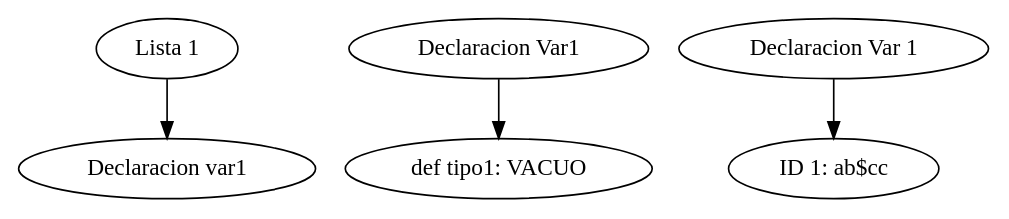
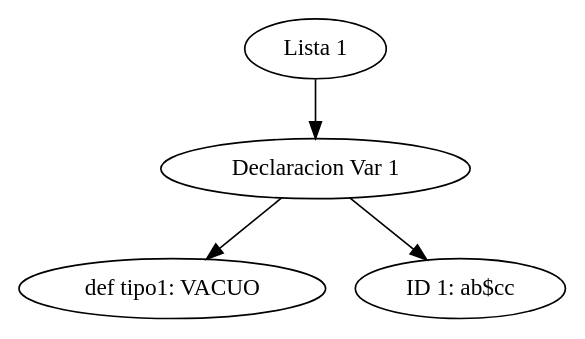
One commit to lancal/TallerCompiladores2018 changed the diagram in tree.dot. Above: the diagram before and after it, drawn with Graphviz. The commit also changed 3 other files, not shown here.

```diff
--- a/tree.dot
+++ b/tree.dot
@@ -1,5 +1,5 @@
 digraph G {
-	"Lista 1" -> "Declaracion var1"
-	"Declaracion Var1" -> "def tipo1: VACUO"
+	"Lista 1" -> "Declaracion Var 1"
+	"Declaracion Var 1" -> "def tipo1: VACUO" 
 	"Declaracion Var 1" -> "ID 1: ab$cc" 
 }
```
